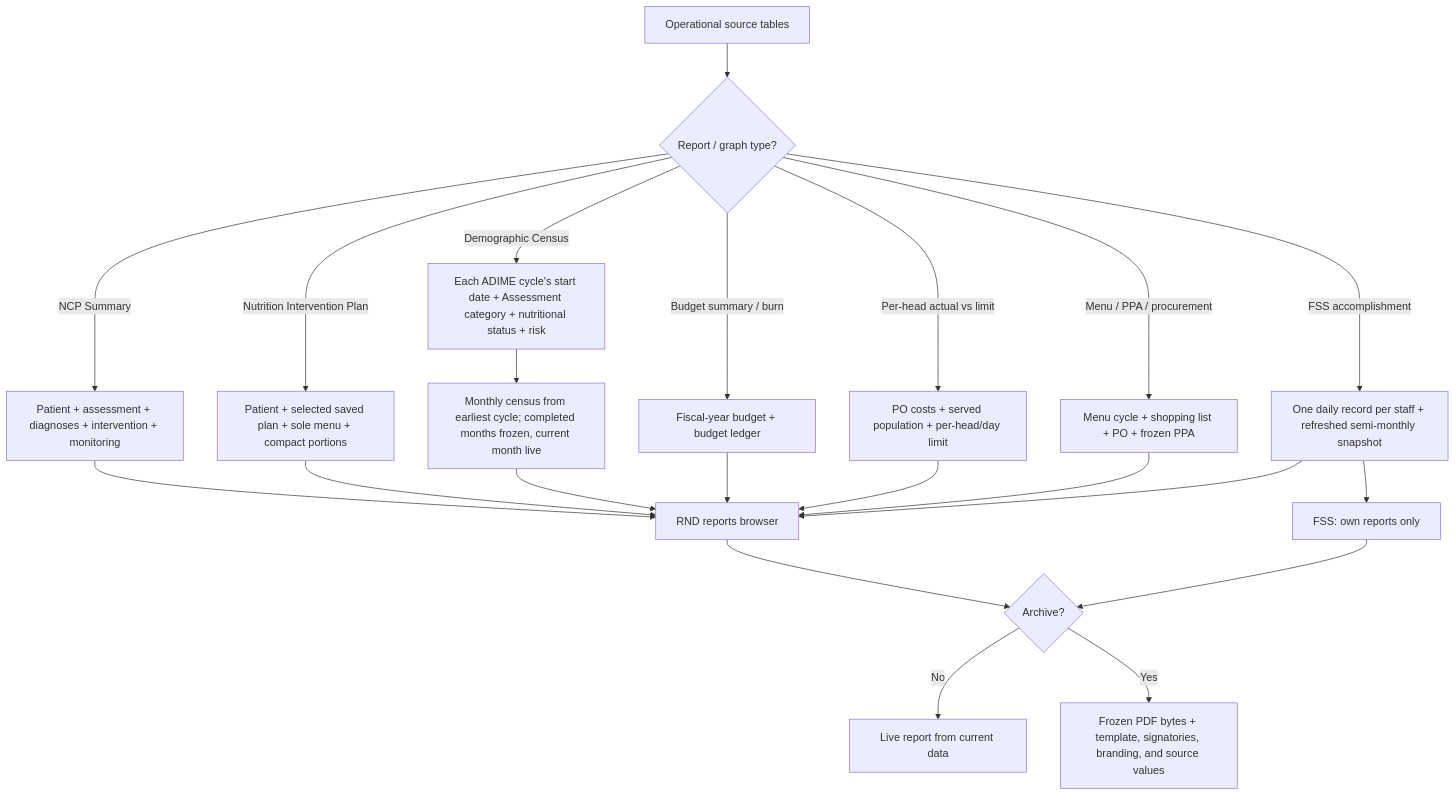
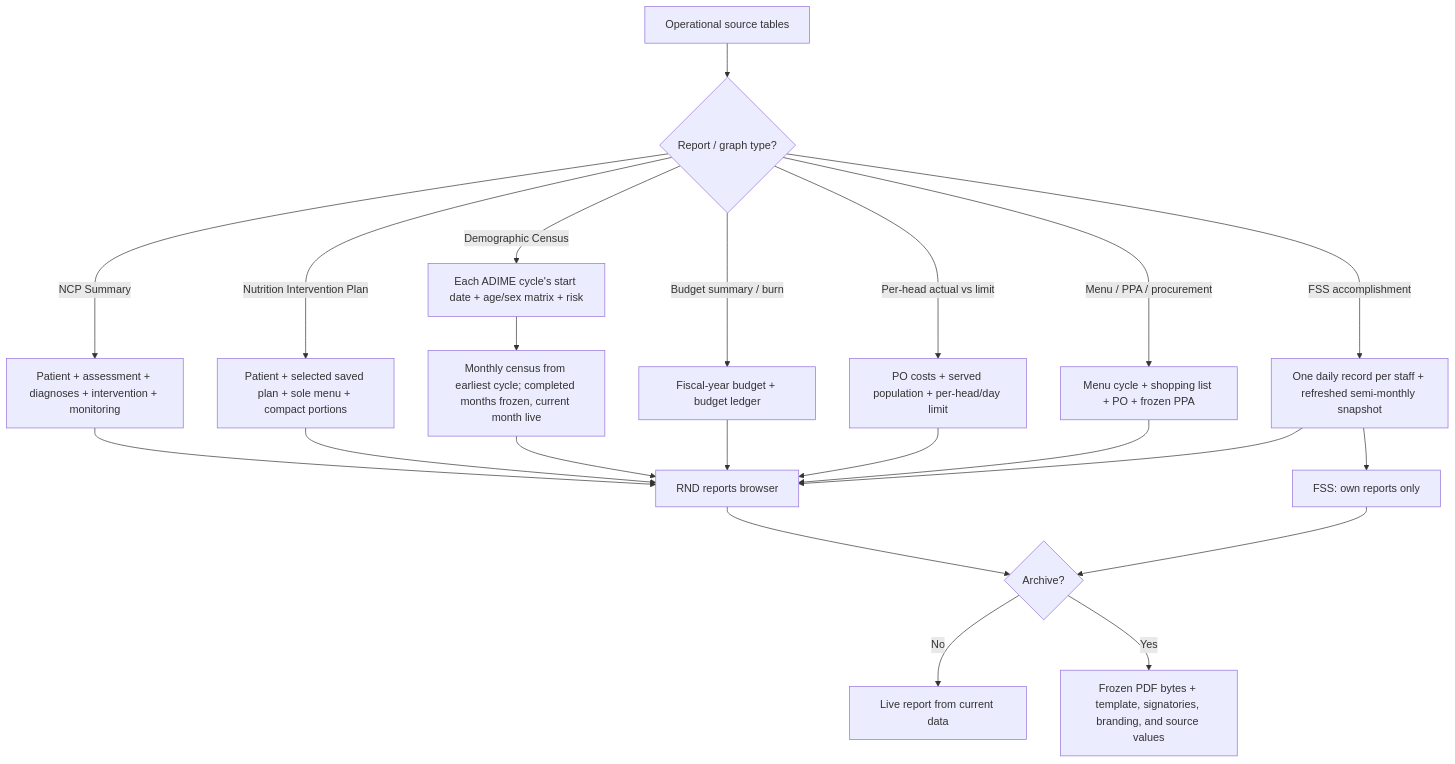
The eighth of 9 diagrams in docs/module-workflow-flowchart.md (ja2gc/Nutriscope), drawn with Mermaid before and after one commit. The commit also changed other lines of this file and 14 other files, not shown here.

````diff
--- a/docs/module-workflow-flowchart.md
+++ b/docs/module-workflow-flowchart.md
@@ -276,26 +276,26 @@
 ```mermaid
 flowchart TD
     A["Operational source tables"] --> B{"Report / graph type?"}
     B -->|"NCP Summary"| C["Patient + assessment + diagnoses + intervention + monitoring"]
     B -->|"Nutrition Intervention Plan"| D["Patient + selected saved plan + sole menu + compact portions"]
-    B -->|"Demographic Census"| E["Each ADIME cycle's start date + Assessment category + nutritional status + risk"]
+    B -->|"Demographic Census"| E["Each ADIME cycle's start date + age/sex matrix + risk"]
     B -->|"Budget summary / burn"| F["Fiscal-year budget + budget ledger"]
     B -->|"Per-head actual vs limit"| G["PO costs + served population + per-head/day limit"]
     B -->|"Menu / PPA / procurement"| H["Menu cycle + shopping list + PO + frozen PPA"]
     B -->|"FSS accomplishment"| I["One daily record per staff + refreshed semi-monthly snapshot"]
 
     C --> J["RND reports browser"]
     D --> J
     E --> O["Monthly census from earliest cycle; completed months frozen, current month live"]
     O --> J
     F --> J
     G --> J
     H --> J
     I --> J
     I --> K["FSS: own reports only"]
 
     J --> L{"Archive?"}
     K --> L
     L -->|"No"| M["Live report from current data"]
     L -->|"Yes"| N["Frozen PDF bytes + template, signatories, branding, and source values"]
 ```
````
